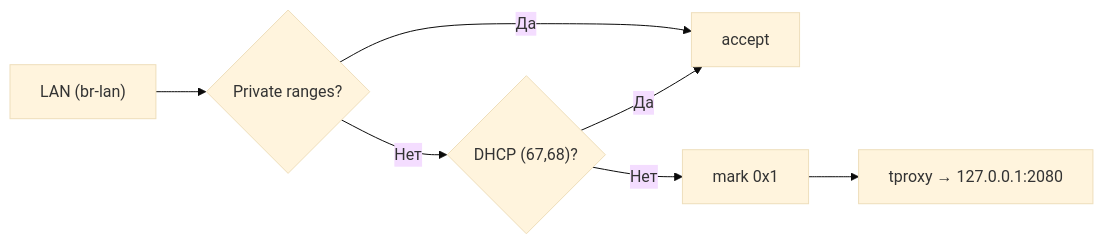
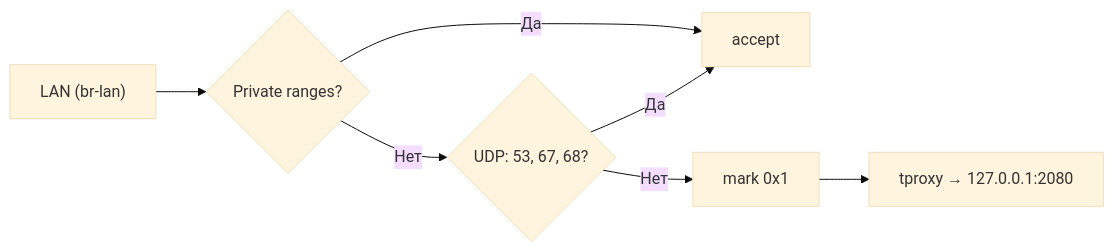
Before and after one commit to vongostev/dial-up: the third of 9 diagrams in ARCHITECTURE.md, drawn with Mermaid (base theme). The commit also changed other lines of this file and 5 other files, not shown here.

````diff
--- a/ARCHITECTURE.md
+++ b/ARCHITECTURE.md
@@ -188,9 +188,9 @@
 ```mermaid
 graph LR
     A["LAN (br-lan)"] --> B{"Private ranges?"}
     B -->|Да| C["accept"]
-    B -->|Нет| D{"DHCP (67,68)?"}
+    B -->|Нет| D{"UDP: 53, 67, 68?"}
     D -->|Да| C
     D -->|Нет| E["mark 0x1"]
     E --> F["tproxy → 127.0.0.1:2080"]
 ```
````
